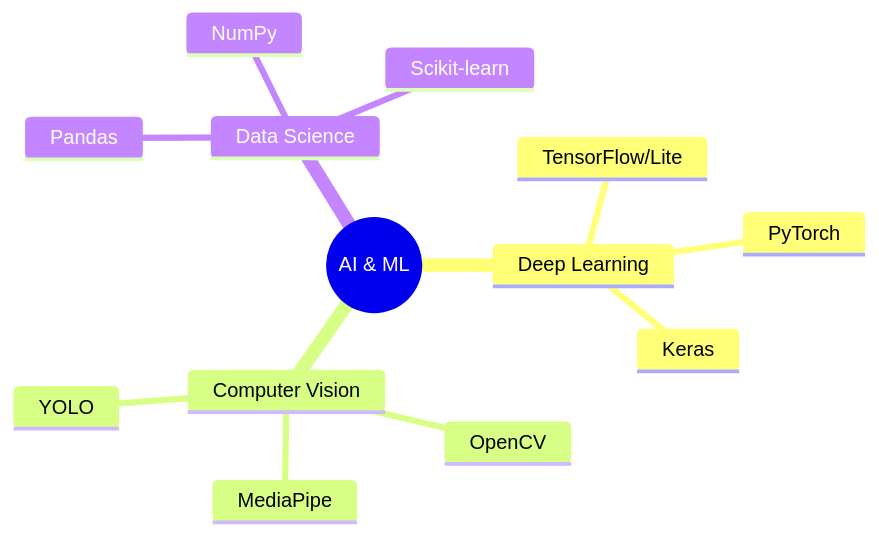
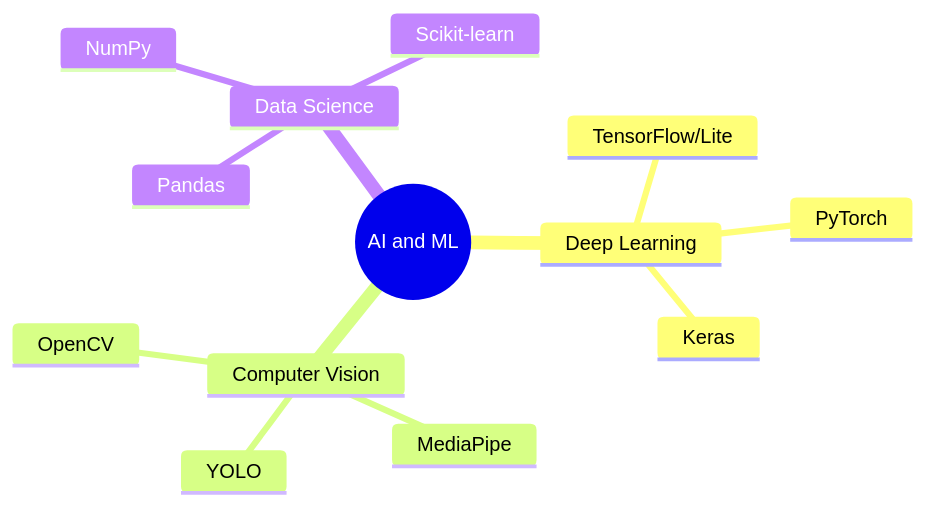
One commit to KhamessiTaha/KhamessiTaha changed the second of 4 diagrams in README.md. Above: the diagram before and after it, drawn with Mermaid.

````diff
--- a/README.md
+++ b/README.md
@@ -111,17 +111,17 @@
 ```mermaid
 mindmap
-  root((AI & ML))
+  root((AI and ML))
     Deep Learning
       TensorFlow/Lite
       PyTorch
       Keras
     Computer Vision
       OpenCV
       MediaPipe
       YOLO
     Data Science
       Pandas
       NumPy
       Scikit-learn
       
 ```
````
